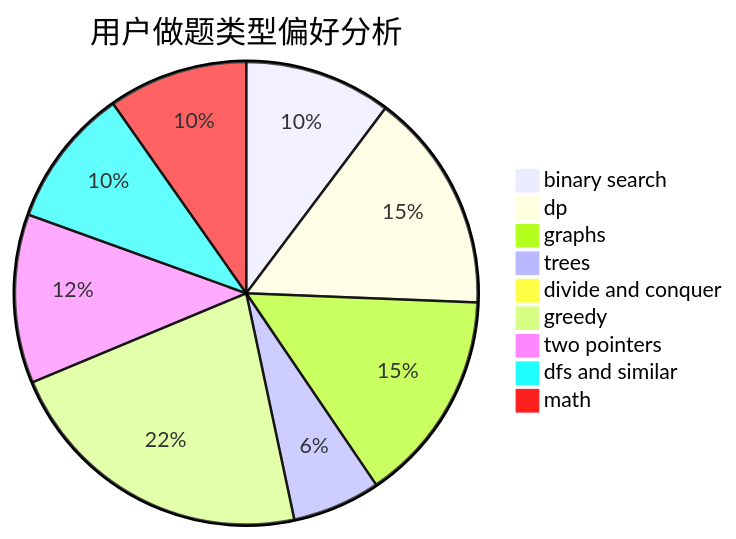
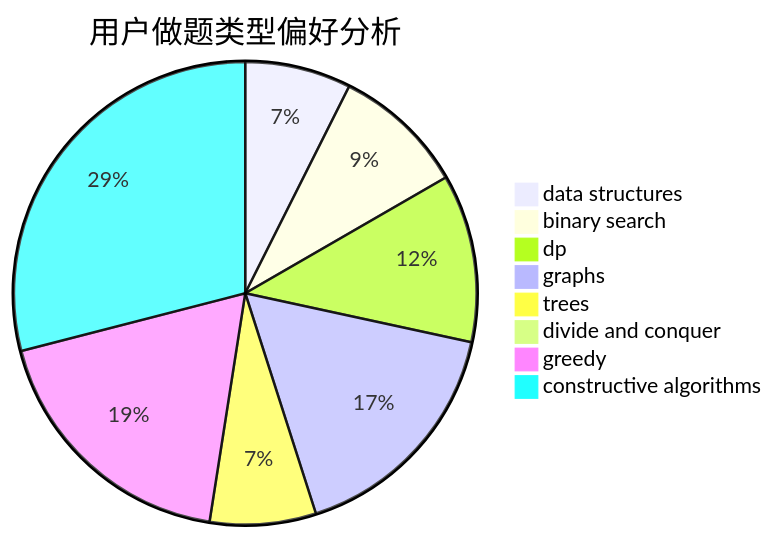
Before and after one commit to sherpahu/cfrs.github.io: the second of 3 diagrams in docs/user/u173.md, drawn with Mermaid. The commit also changed other lines of this file and 2775 other files, not shown here.

````diff
--- a/docs/user/u173.md
+++ b/docs/user/u173.md
@@ -23,12 +23,11 @@
 ```mermaid
 pie title 用户做题类型偏好分析
-    "binary search" :  20
-    "dp" :  30
-    "graphs" :  29
+    "data structures" :  12
+    "binary search" :  15
+    "dp" :  19
+    "graphs" :  27
     "trees" :  12
     "divide and conquer" :  0
-    "greedy" :  43
-    "two pointers" :  23
-    "dfs and similar" :  19
-    "math" :  19
+    "greedy" :  30
+    "constructive algorithms" :  47
 ```
````
